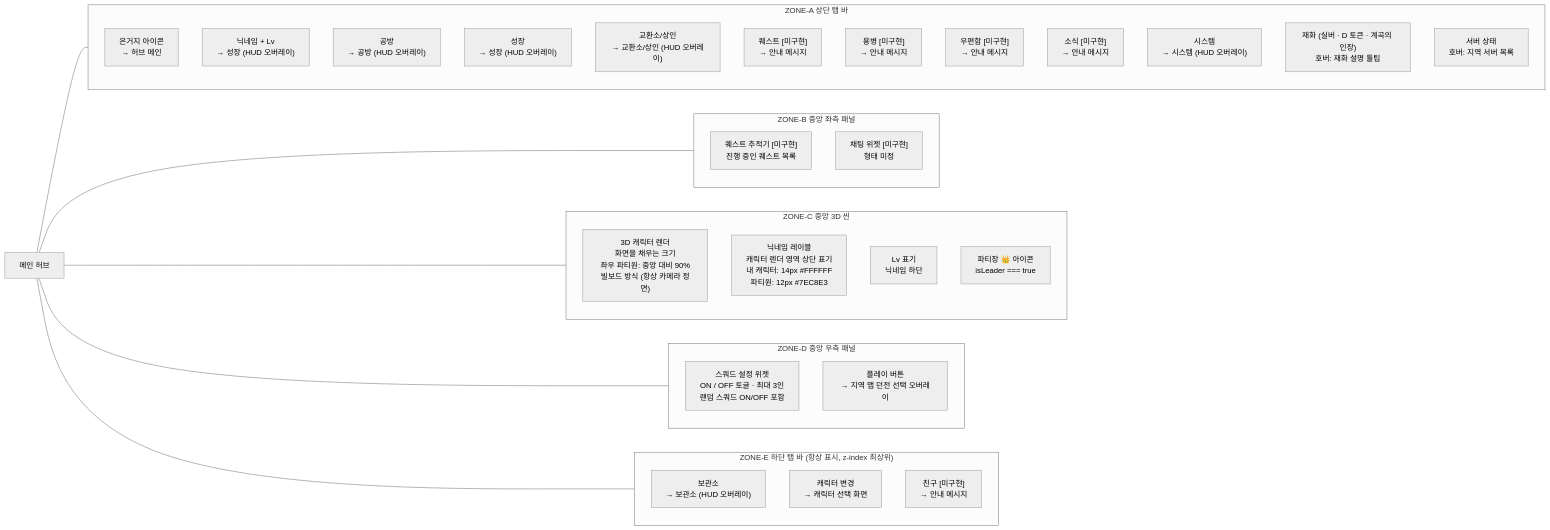
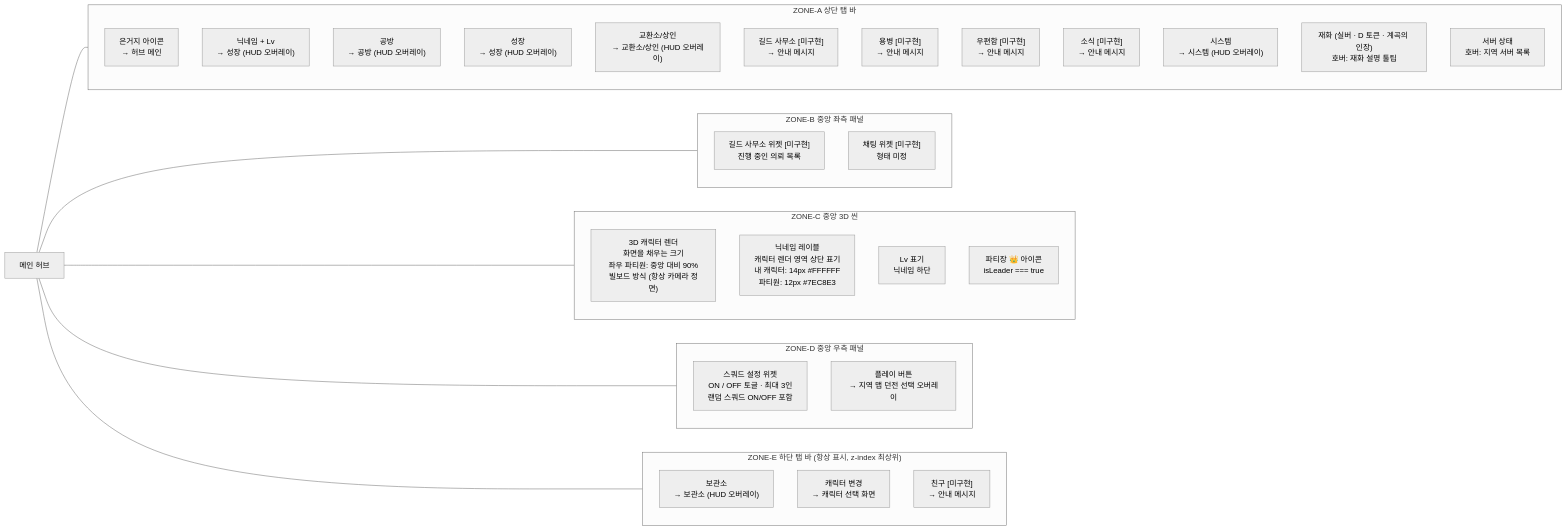
One commit to dla9556/DE_Hideout changed the second of 10 diagrams in structure.md. Above: the diagram before and after it, drawn with Mermaid (neutral theme). The commit also changed other lines of this file and 6 other files, not shown here.

````diff
--- a/structure.md
+++ b/structure.md
@@ -71,48 +71,48 @@
 ```mermaid
 flowchart LR
     HUB["메인 허브"]
 
     subgraph ZONE_A["ZONE-A  상단 탭 바"]
         A1["은거지 아이콘\n→ 허브 메인"]
         A2["닉네임 + Lv\n→ 성장 (HUD 오버레이)"]
         A4["공방\n→ 공방 (HUD 오버레이)"]
         A6["성장\n→ 성장 (HUD 오버레이)"]
         A5["교환소/상인\n→ 교환소/상인 (HUD 오버레이)"]
-        A3["퀘스트 [미구현]\n→ 안내 메시지"]
+        A3["길드 사무소 [미구현]\n→ 안내 메시지"]
         A7B["용병 [미구현]\n→ 안내 메시지"]
         A7["우편함 [미구현]\n→ 안내 메시지"]
         A7C["소식 [미구현]\n→ 안내 메시지"]
         A8["시스템\n→ 시스템 (HUD 오버레이)"]
         A9["재화 (실버 · D 토큰 · 계곡의 인장)\n호버: 재화 설명 툴팁"]
         A10["서버 상태\n호버: 지역 서버 목록"]
     end
 
     subgraph ZONE_B["ZONE-B  중앙 좌측 패널"]
-        B1["퀘스트 추적기 [미구현]\n진행 중인 퀘스트 목록"]
+        B1["길드 사무소 위젯 [미구현]\n진행 중인 의뢰 목록"]
         B2["채팅 위젯 [미구현]\n형태 미정"]
     end
 
     subgraph ZONE_C["ZONE-C  중앙 3D 씬"]
         C1["3D 캐릭터 렌더\n화면을 채우는 크기\n좌우 파티원: 중앙 대비 90%\n빌보드 방식 (항상 카메라 정면)"]
         C2["닉네임 레이블\n캐릭터 렌더 영역 상단 표기\n내 캐릭터: 14px #FFFFFF\n파티원: 12px #7EC8E3"]
         C3["Lv 표기\n닉네임 하단"]
         C4["파티장 👑 아이콘\nisLeader === true"]
     end
 
     subgraph ZONE_D["ZONE-D  중앙 우측 패널"]
         D1["스쿼드 설정 위젯\nON / OFF 토글 · 최대 3인\n랜덤 스쿼드 ON/OFF 포함"]
         D2["플레이 버튼\n→ 지역 맵 던전 선택 오버레이"]
     end
 
     subgraph ZONE_E["ZONE-E  하단 탭 바 (항상 표시, z-index 최상위)"]
         E1["보관소\n→ 보관소 (HUD 오버레이)"]
         E2["캐릭터 변경\n→ 캐릭터 선택 화면"]
         E3["친구 [미구현]\n→ 안내 메시지"]
     end
 
     HUB --- ZONE_A
     HUB --- ZONE_B
     HUB --- ZONE_C
     HUB --- ZONE_D
     HUB --- ZONE_E
 ```
````
